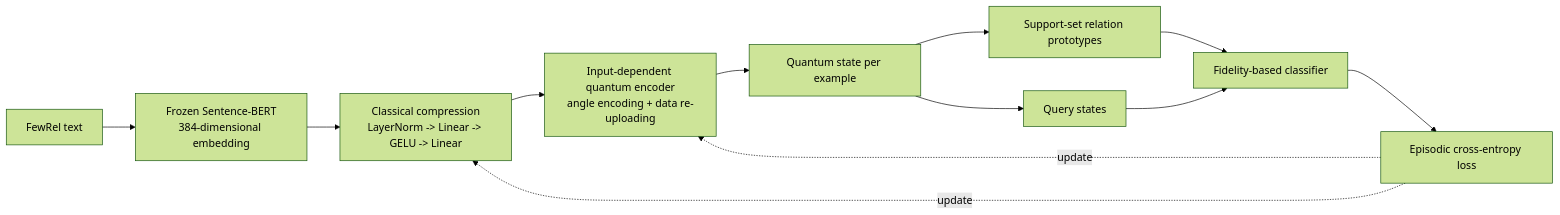
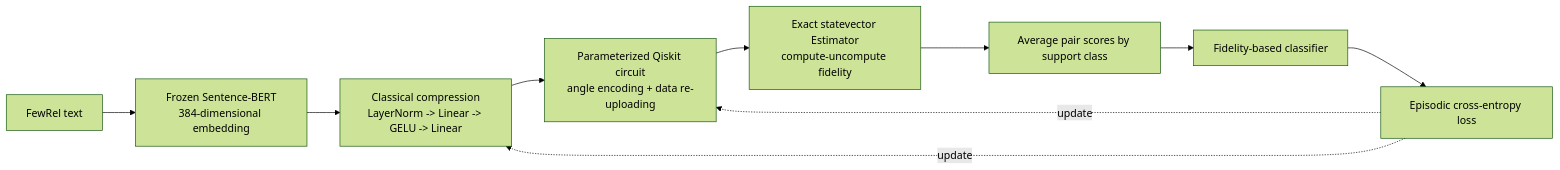
Before and after one commit to DevAggarwal03/BTP_1: the diagram in New_Go_implementation/PROJECT_IMPLEMENTATION_SPEC.md, drawn with Mermaid (forest theme). The commit also changed other lines of this file and 34 other files, not shown here.

````diff
--- a/New_Go_implementation/PROJECT_IMPLEMENTATION_SPEC.md
+++ b/New_Go_implementation/PROJECT_IMPLEMENTATION_SPEC.md
@@ -81,14 +82,12 @@
 ```mermaid
 flowchart LR
     A["FewRel text"] --> B["Frozen Sentence-BERT\n384-dimensional embedding"]
     B --> C["Classical compression\nLayerNorm -> Linear -> GELU -> Linear"]
-    C --> D["Input-dependent quantum encoder\nangle encoding + data re-uploading"]
-    D --> E["Quantum state per example"]
-    E --> F["Support-set relation prototypes"]
-    E --> G["Query states"]
-    F --> H["Fidelity-based classifier"]
-    G --> H
-    H --> I["Episodic cross-entropy loss"]
-    I -. "update" .-> C
-    I -. "update" .-> D
+    C --> D["Parameterized Qiskit circuit\nangle encoding + data re-uploading"]
+    D --> E["Exact statevector Estimator\ncompute-uncompute fidelity"]
+    E --> F["Average pair scores by support class"]
+    F --> G["Fidelity-based classifier"]
+    G --> H["Episodic cross-entropy loss"]
+    H -. "update" .-> C
+    H -. "update" .-> D
 ```
````
